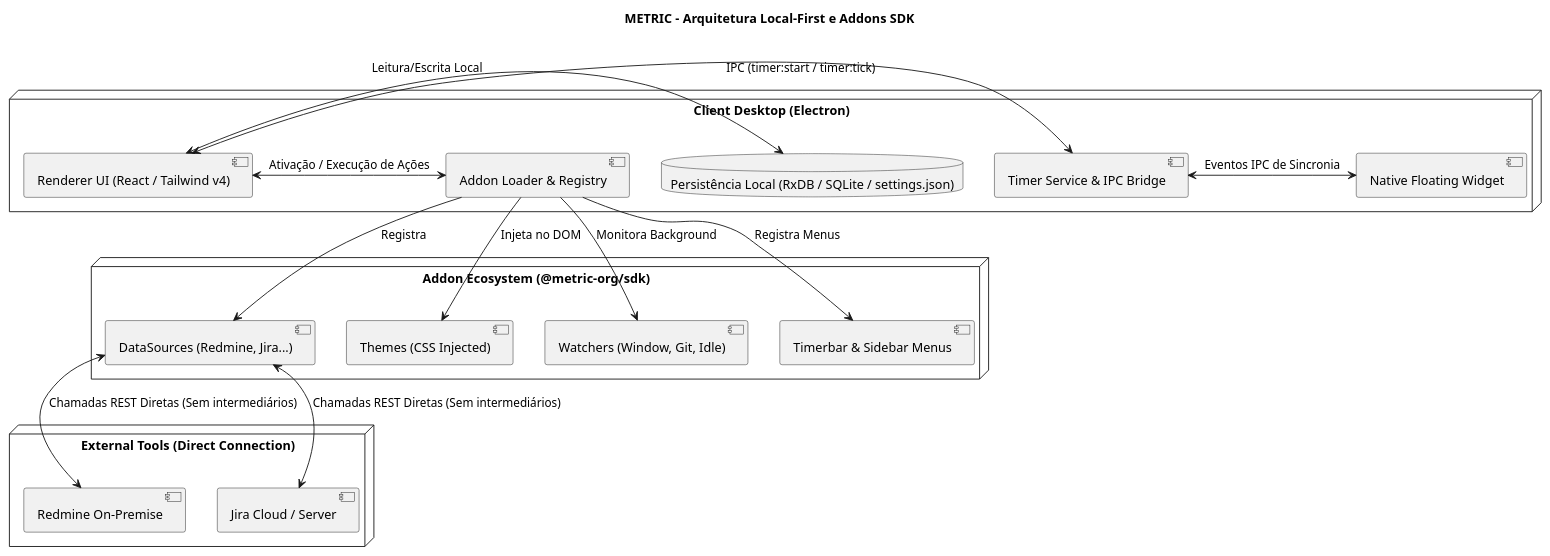
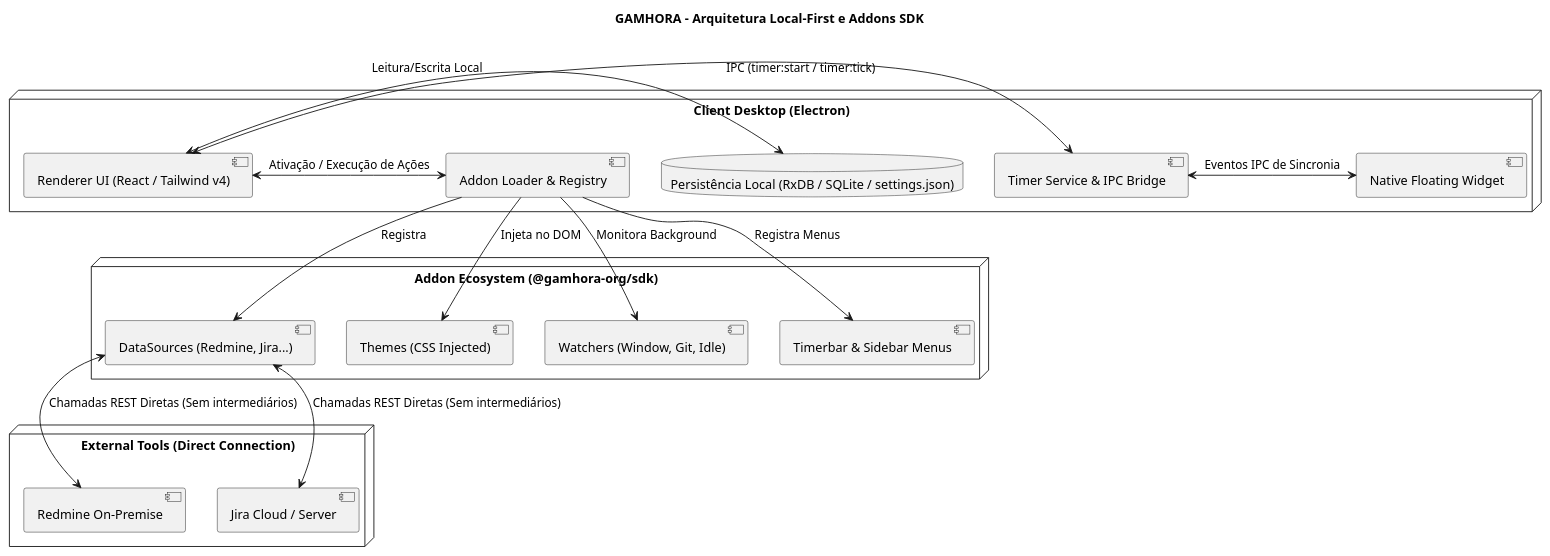
Before and after one commit to Gustavohps10/gamhora: the diagram in docs/srs/diagrams/puml/infra/diagram-infra-001-architecture.puml, drawn with PlantUML. The commit also changed 323 other files, not shown here.

Commit message:
feat(core): rebrand from Metric to Gamhora, setup typecheck pipeline and strict typings

```diff
--- a/docs/srs/diagrams/puml/infra/diagram-infra-001-architecture.puml
+++ b/docs/srs/diagrams/puml/infra/diagram-infra-001-architecture.puml
@@ -1,35 +1,35 @@
 @startuml Architecture
-title METRIC - Arquitetura Local-First e Addons SDK
+title GAMHORA - Arquitetura Local-First e Addons SDK
 
 node "Client Desktop (Electron)" {
     component "Renderer UI (React / Tailwind v4)" as UI
     component "Timer Service & IPC Bridge" as MainTimer
     component "Addon Loader & Registry" as AddonLoader
     database "Persistência Local (RxDB / SQLite / settings.json)" as DB
     component "Native Floating Widget" as Widget
 }
 
-node "Addon Ecosystem (@metric-org/sdk)" {
+node "Addon Ecosystem (@gamhora-org/sdk)" {
     [DataSources (Redmine, Jira...)] as DS
     [Themes (CSS Injected)] as Themes
     [Watchers (Window, Git, Idle)] as Watchers
     [Timerbar & Sidebar Menus] as Menus
 }
 
 node "External Tools (Direct Connection)" {
     [Redmine On-Premise] as RedmineServer
     [Jira Cloud / Server] as JiraServer
 }
 
 UI <-> MainTimer : IPC (timer:start / timer:tick)
 UI <-> DB : Leitura/Escrita Local
 MainTimer <-> Widget : Eventos IPC de Sincronia
 UI <-> AddonLoader : Ativação / Execução de Ações
 AddonLoader --> DS : Registra
 AddonLoader --> Themes : Injeta no DOM
 AddonLoader --> Watchers : Monitora Background
 AddonLoader --> Menus : Registra Menus
 
 DS <--> RedmineServer : Chamadas REST Diretas (Sem intermediários)
 DS <--> JiraServer : Chamadas REST Diretas (Sem intermediários)
 @enduml
```
